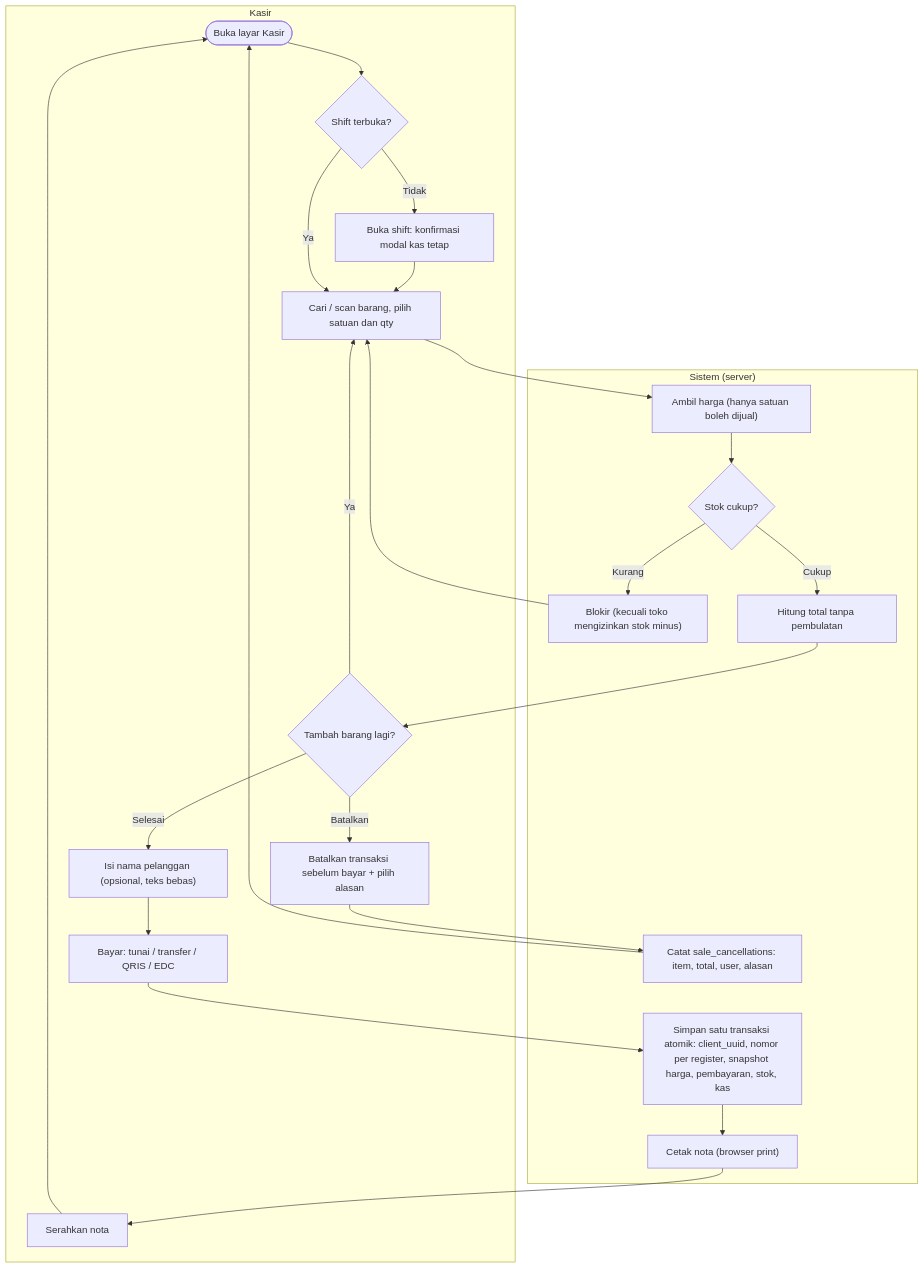
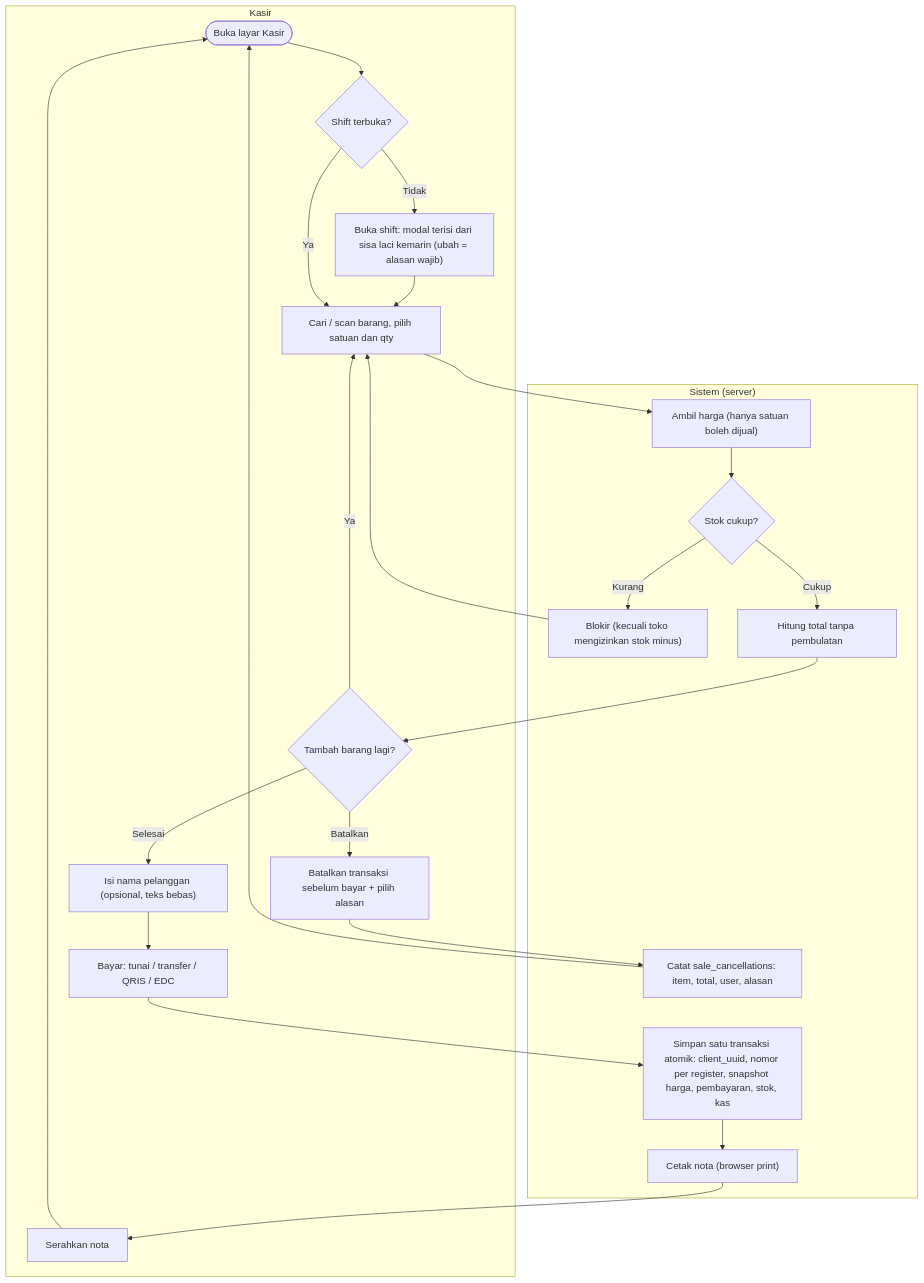
Before and after one commit to aliefpraditya/store-management: the ninth of 30 diagrams in docs/analisis-sistem.md, drawn with Mermaid. The commit also changed other lines of this file and 35 other files, not shown here.

````diff
--- a/docs/analisis-sistem.md
+++ b/docs/analisis-sistem.md
@@ -616,30 +616,30 @@
 ```mermaid
 flowchart TD
     subgraph KS["Kasir"]
         K1(["Buka layar Kasir"]) --> K2{"Shift terbuka?"}
-        K3["Buka shift: konfirmasi modal kas tetap"]
+        K3["Buka shift: modal terisi dari sisa laci kemarin (ubah = alasan wajib)"]
         K4["Cari / scan barang, pilih satuan dan qty"]
         K5{"Tambah barang lagi?"}
         K6["Isi nama pelanggan (opsional, teks bebas)"]
         K8["Bayar: tunai / transfer / QRIS / EDC"]
         K9["Batalkan transaksi sebelum bayar + pilih alasan"]
         K12["Serahkan nota"]
     end
     subgraph SYS["Sistem (server)"]
         D1["Ambil harga (hanya satuan boleh dijual)"]
         D2{"Stok cukup?"}
         D3["Blokir (kecuali toko mengizinkan stok minus)"]
         D4["Hitung total tanpa pembulatan"]
         D5["Simpan satu transaksi atomik: client_uuid, nomor per register, snapshot harga, pembayaran, stok, kas"]
         D6["Cetak nota (browser print)"]
         D10["Catat sale_cancellations: item, total, user, alasan"]
     end
     K2 -->|"Tidak"| K3 --> K4
     K2 -->|"Ya"| K4
     K4 --> D1 --> D2
     D2 -->|"Kurang"| D3 --> K4
     D2 -->|"Cukup"| D4 --> K5
     K5 -->|"Ya"| K4
     K5 -->|"Batalkan"| K9 --> D10 --> K1
     K5 -->|"Selesai"| K6 --> K8 --> D5 --> D6 --> K12 --> K1
 ```
````
